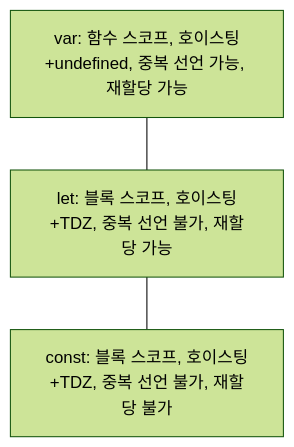
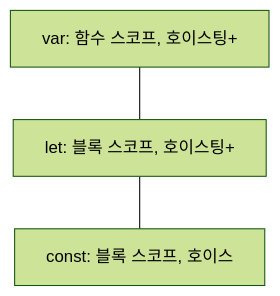
The first of 9 diagrams in _posts/frontend/2026-05-02-js-var-let-const.md (yjkim2015/yjkim2015.github.io), drawn with Mermaid (forest theme) before and after one commit. The commit also changed other lines of this file and 271 other files, not shown here.

First line of the commit message:
Mermaid 라벨 축소: 긴 노드 텍스트 18자 이하로 트림 + \n 제거

````diff
--- a/_posts/frontend/2026-05-02-js-var-let-const.md
+++ b/_posts/frontend/2026-05-02-js-var-let-const.md
@@ -26,7 +26,7 @@
 ```mermaid
 graph TD
-    VAR["var: 함수 스코프, 호이스팅+undefined, 중복 선언 가능, 재할당 가능"]
-    LET["let: 블록 스코프, 호이스팅+TDZ, 중복 선언 불가, 재할당 가능"]
-    CONST["const: 블록 스코프, 호이스팅+TDZ, 중복 선언 불가, 재할당 불가"]
+    VAR["var: 함수 스코프, 호이스팅+"]
+    LET["let: 블록 스코프, 호이스팅+"]
+    CONST["const: 블록 스코프, 호이스"]
     VAR --- LET --- CONST
 ```
````
